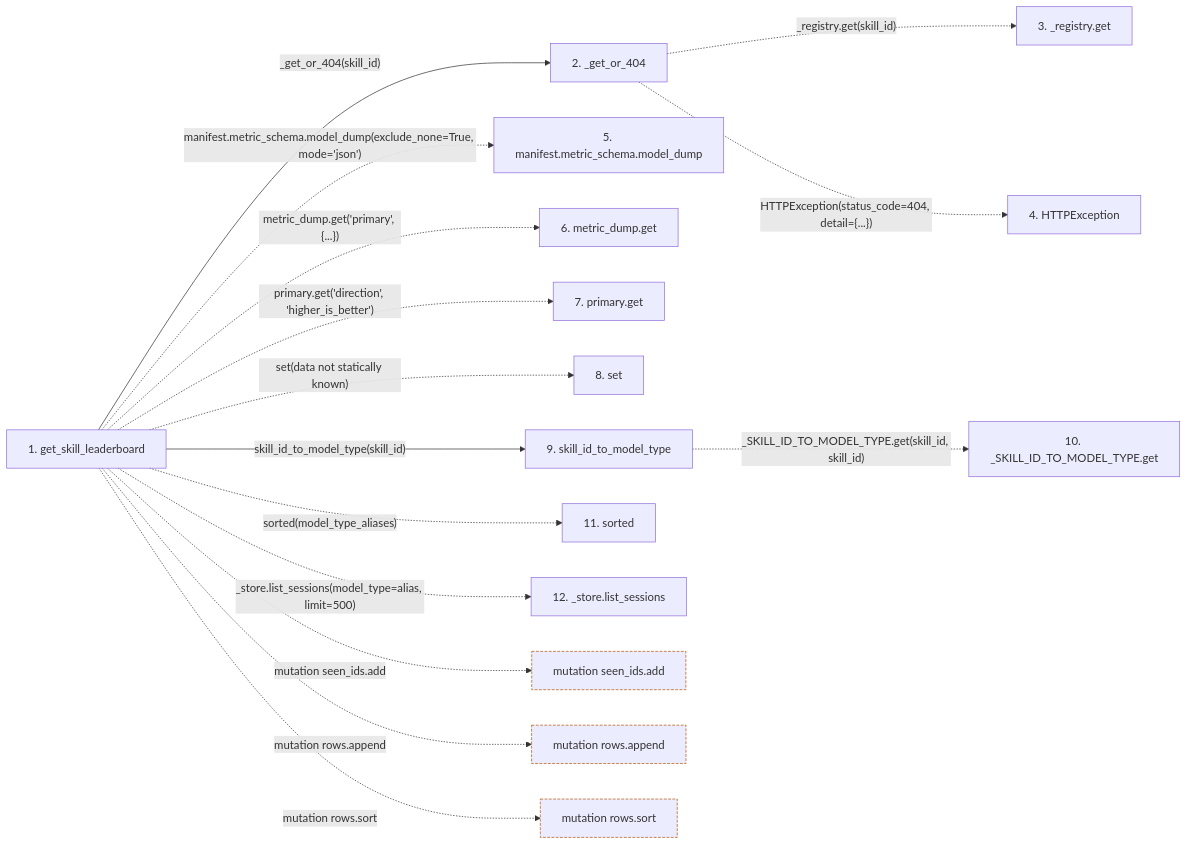
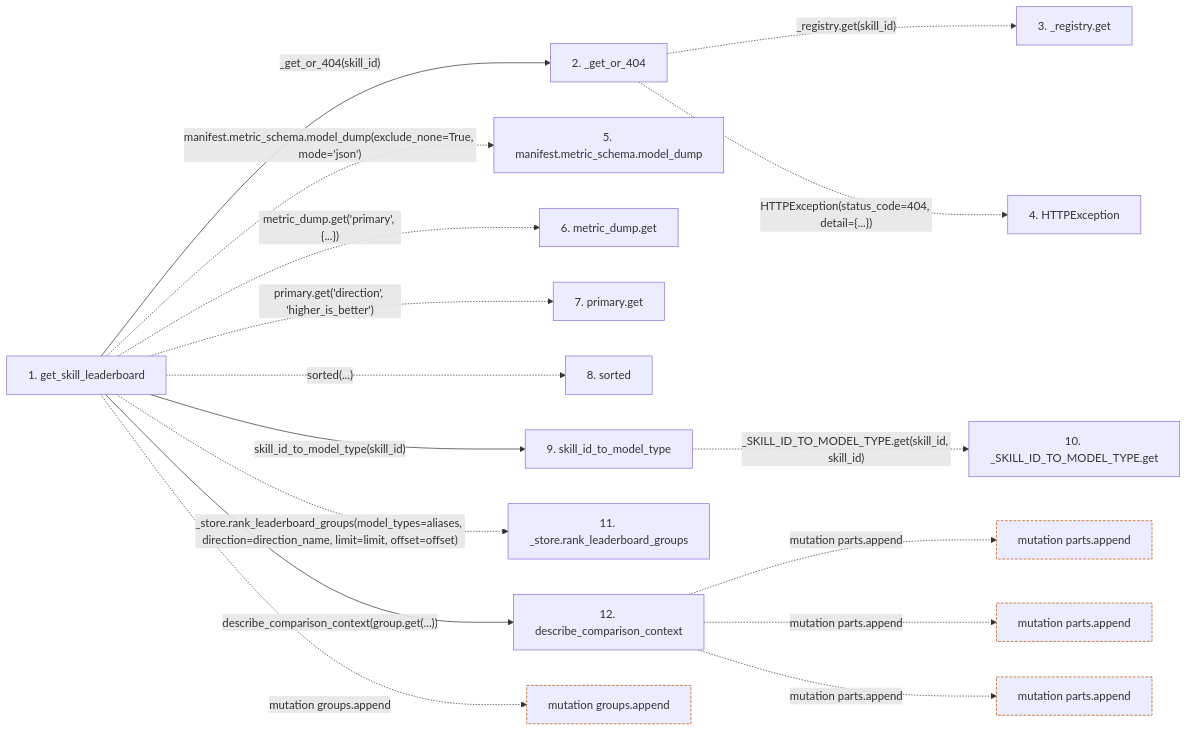
The second of 2 diagrams in docs/llm_wiki/flows/http-get_skill_leaderboard.md (Denissvgn/autoresearch-agent), drawn with Mermaid before and after one commit. The commit also changed other lines of this file and 1033 other files, not shown here.

````diff
--- a/docs/llm_wiki/flows/http-get_skill_leaderboard.md
+++ b/docs/llm_wiki/flows/http-get_skill_leaderboard.md
@@ -79,39 +77,43 @@
 ```mermaid
 flowchart LR
     s1["1. get_skill_leaderboard"]
     s2["2. _get_or_404"]
     s3["3. _registry.get"]
     s4["4. HTTPException"]
     s5["5. manifest.metric_schema.model_dump"]
     s6["6. metric_dump.get"]
     s7["7. primary.get"]
-    s8["8. set"]
+    s8["8. sorted"]
     s9["9. skill_id_to_model_type"]
     s10["10. _SKILL_ID_TO_MODEL_TYPE.get"]
-    s11["11. sorted"]
-    s12["12. _store.list_sessions"]
+    s11["11. _store.rank_leaderboard_groups"]
+    s12["12. describe_comparison_context"]
     s1 -->|"_get_or_404(skill_id)"| s2
     s2 -. "_registry.get(skill_id)" .-> s3
     s2 -. "HTTPException(status_code=404, detail={...})" .-> s4
     s1 -. "manifest.metric_schema.model_dump(exclude_none=True, mode='json')" .-> s5
     s1 -. "metric_dump.get('primary', {...})" .-> s6
     s1 -. "primary.get('direction', 'higher_is_better')" .-> s7
-    s1 -. "set(data not statically known)" .-> s8
+    s1 -. "sorted(...)" .-> s8
     s1 -->|"skill_id_to_model_type(skill_id)"| s9
     s9 -. "_SKILL_ID_TO_MODEL_TYPE.get(skill_id, skill_id)" .-> s10
-    s1 -. "sorted(model_type_aliases)" .-> s11
-    s1 -. "_store.list_sessions(model_type=alias, limit=500)" .-> s12
-    b0["mutation seen_ids.add"]
-    s1 -. "mutation seen_ids.add" .-> b0
-    b1["mutation rows.append"]
-    s1 -. "mutation rows.append" .-> b1
-    b2["mutation rows.sort"]
-    s1 -. "mutation rows.sort" .-> b2
+    s1 -. "_store.rank_leaderboard_groups(model_types=aliases, direction=direction_name, limit=limit, offset=offset)" .-> s11
+    s1 -->|"describe_comparison_context(group.get(...))"| s12
+    b0["mutation groups.append"]
+    s1 -. "mutation groups.append" .-> b0
+    b1["mutation parts.append"]
+    s12 -. "mutation parts.append" .-> b1
+    b2["mutation parts.append"]
+    s12 -. "mutation parts.append" .-> b2
+    b3["mutation parts.append"]
+    s12 -. "mutation parts.append" .-> b3
     click s1 "../modules/src_api_skills.md"
     click s2 "../modules/src_api_skills.md"
     click s9 "../modules/compat_legacy_alias.md"
+    click s12 "../modules/comparison_context.md"
     classDef boundary stroke:#b45309,stroke-dasharray: 4 2
     class b0 boundary
     class b1 boundary
     class b2 boundary
+    class b3 boundary
 ```
````
